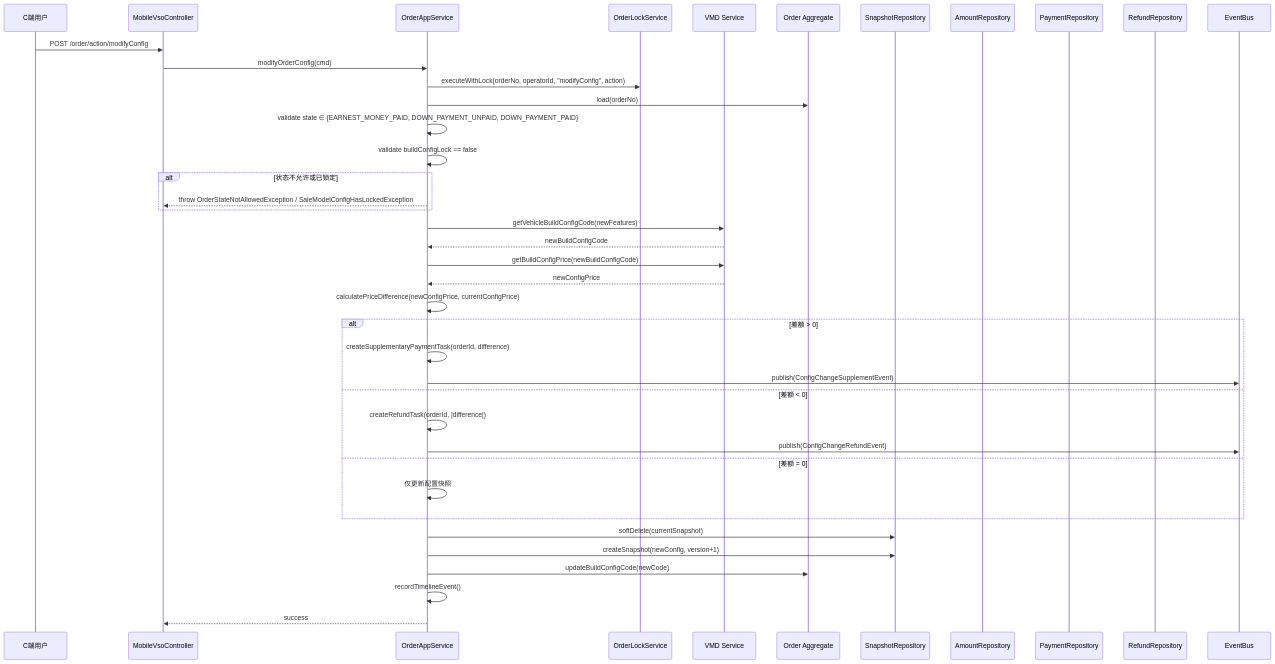
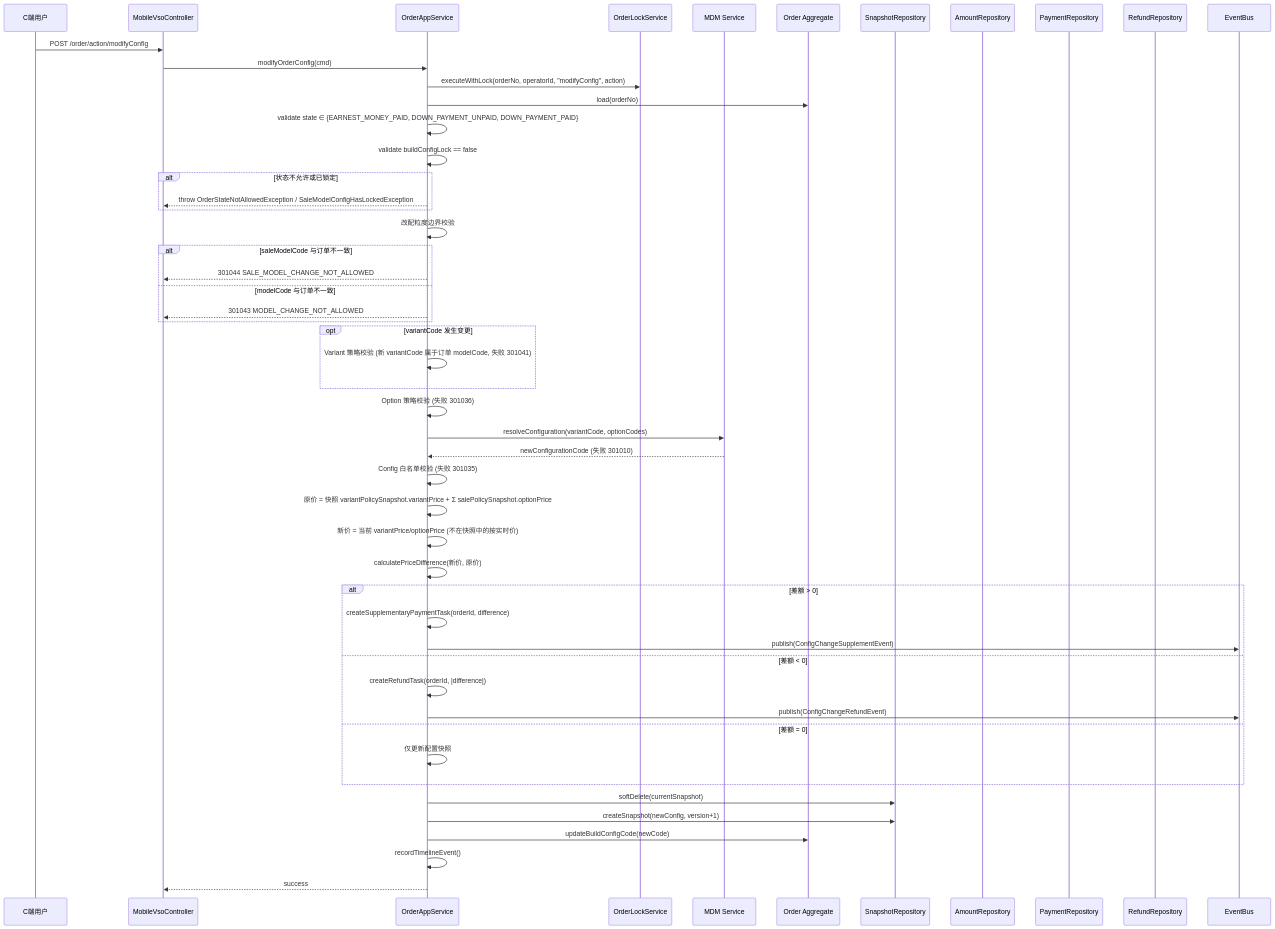
Before and after one commit to hwyzleo/iov-cloud-otd-vso: the fifth of 27 diagrams in specs/vehicle-sale-order/design.md, drawn with Mermaid. The commit also changed other lines of this file and 58 other files, not shown here.

````diff
--- a/specs/vehicle-sale-order/design.md
+++ b/specs/vehicle-sale-order/design.md
@@ -408,48 +423,60 @@
 ```mermaid
 sequenceDiagram
     participant U as C端用户
     participant MC as MobileVsoController
     participant OAS as OrderAppService
     participant OLS as OrderLockService
-    participant VMD as VMD Service
+    participant MDM as MDM Service
     participant O as Order Aggregate
     participant SR as SnapshotRepository
     participant AR as AmountRepository
     participant PR as PaymentRepository
     participant RR as RefundRepository
     participant EB as EventBus
 
     U->>MC: POST /order/action/modifyConfig
     MC->>OAS: modifyOrderConfig(cmd)
     OAS->>OLS: executeWithLock(orderNo, operatorId, "modifyConfig", action)
     OAS->>O: load(orderNo)
     OAS->>OAS: validate state ∈ {EARNEST_MONEY_PAID, DOWN_PAYMENT_UNPAID, DOWN_PAYMENT_PAID}
     OAS->>OAS: validate buildConfigLock == false
 
     alt 状态不允许或已锁定
         OAS-->>MC: throw OrderStateNotAllowedException / SaleModelConfigHasLockedException
     end
 
-    OAS->>VMD: getVehicleBuildConfigCode(newFeatures)
-    VMD-->>OAS: newBuildConfigCode
-    OAS->>VMD: getBuildConfigPrice(newBuildConfigCode)
-    VMD-->>OAS: newConfigPrice
+    OAS->>OAS: 改配粒度边界校验
+    alt saleModelCode 与订单不一致
+        OAS-->>MC: 301044 SALE_MODEL_CHANGE_NOT_ALLOWED
+    else modelCode 与订单不一致
+        OAS-->>MC: 301043 MODEL_CHANGE_NOT_ALLOWED
+    end
 
-    OAS->>OAS: calculatePriceDifference(newConfigPrice, currentConfigPrice)
+    opt variantCode 发生变更
+        OAS->>OAS: Variant 策略校验 (新 variantCode 属于订单 modelCode, 失败 301041)
+    end
+    OAS->>OAS: Option 策略校验 (失败 301036)
+    OAS->>MDM: resolveConfiguration(variantCode, optionCodes)
+    MDM-->>OAS: newConfigurationCode (失败 301010)
+    OAS->>OAS: Config 白名单校验 (失败 301035)
+
+    OAS->>OAS: 原价 = 快照 variantPolicySnapshot.variantPrice + Σ salePolicySnapshot.optionPrice
+    OAS->>OAS: 新价 = 当前 variantPrice/optionPrice (不在快照中的按实时价)
+    OAS->>OAS: calculatePriceDifference(新价, 原价)
 
     alt 差额 > 0
         OAS->>OAS: createSupplementaryPaymentTask(orderId, difference)
         OAS->>EB: publish(ConfigChangeSupplementEvent)
     else 差额 < 0
         OAS->>OAS: createRefundTask(orderId, |difference|)
         OAS->>EB: publish(ConfigChangeRefundEvent)
     else 差额 = 0
         OAS->>OAS: 仅更新配置快照
     end
 
     OAS->>SR: softDelete(currentSnapshot)
     OAS->>SR: createSnapshot(newConfig, version+1)
     OAS->>O: updateBuildConfigCode(newCode)
     OAS->>OAS: recordTimelineEvent()
     OAS-->>MC: success
 ```
````
